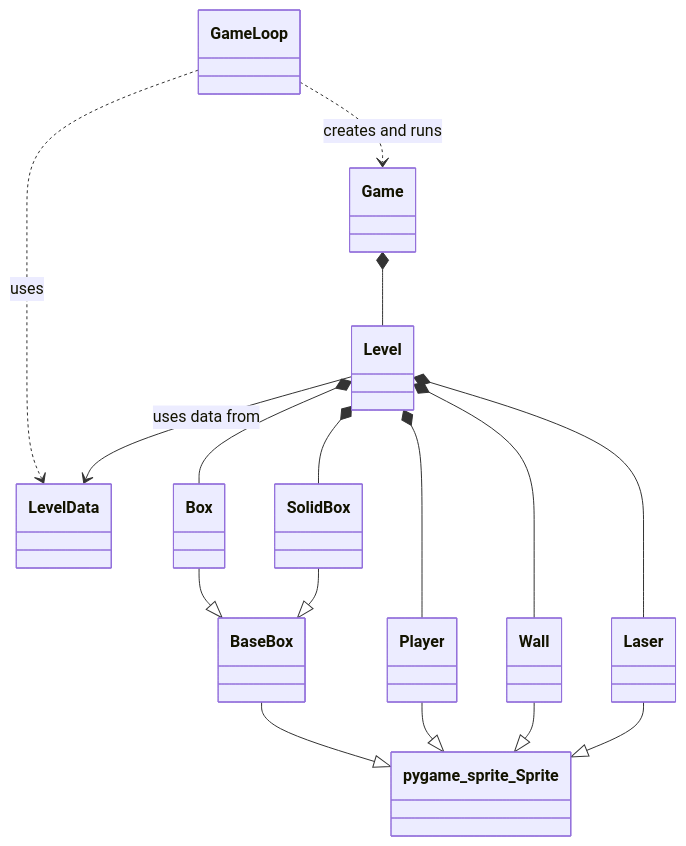
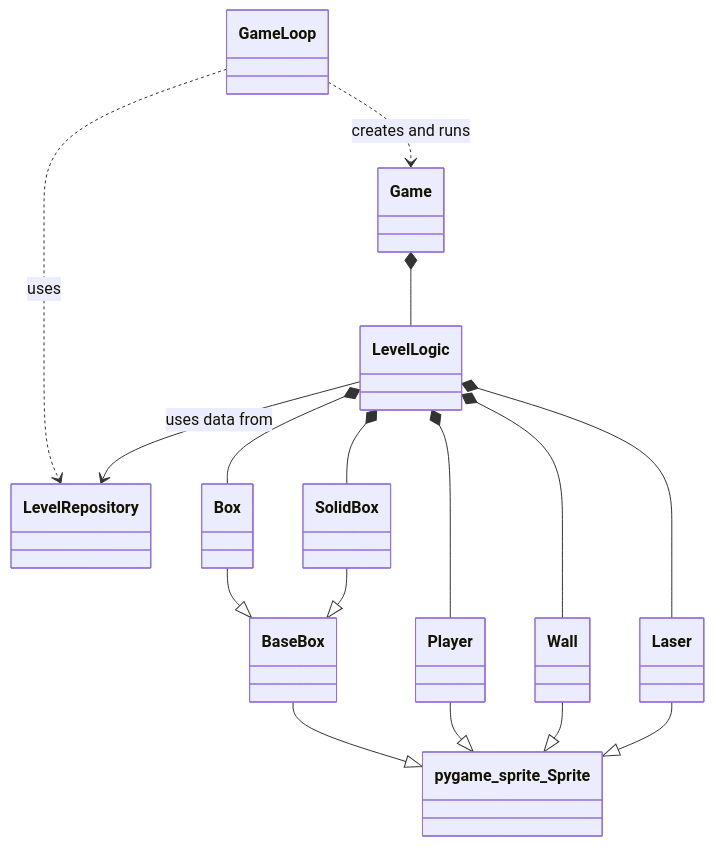
One commit to ilkkj/ot-harjoitustyo changed the first of 4 diagrams in dokumentaatio/arkkitehtuuri.md. Above: the diagram before and after it, drawn with Mermaid. The commit also changed other lines of this file and 44 other files, not shown here.

````diff
--- a/dokumentaatio/arkkitehtuuri.md
+++ b/dokumentaatio/arkkitehtuuri.md
@@ -31,33 +49,33 @@
 ```mermaid
 classDiagram
     class GameLoop
     class Game
-    class LevelData
-    class Level
+    class LevelRepository
+    class LevelLogic
     class BaseBox
     class Box
     class SolidBox
     class Wall
     class Laser
     class Player
     class pygame_sprite_Sprite
 
     GameLoop ..> Game : creates and runs
-    GameLoop ..> LevelData : uses
+    GameLoop ..> LevelRepository : uses
     
-    Game *-- Level  
-    Level --> LevelData : uses data from
+    Game *-- LevelLogic  
+    LevelLogic --> LevelRepository : uses data from
     
-    Level *-- Player 
-    Level *-- Box
-    Level *-- SolidBox
-    Level *-- Wall
-    Level *-- Laser
+    LevelLogic *-- Player 
+    LevelLogic *-- Box
+    LevelLogic *-- SolidBox
+    LevelLogic *-- Wall
+    LevelLogic *-- Laser
 
     BaseBox --|> pygame_sprite_Sprite
     Box --|> BaseBox
     SolidBox --|> BaseBox
     Player --|> pygame_sprite_Sprite
     Wall --|> pygame_sprite_Sprite
     Laser --|> pygame_sprite_Sprite
 ```
````
